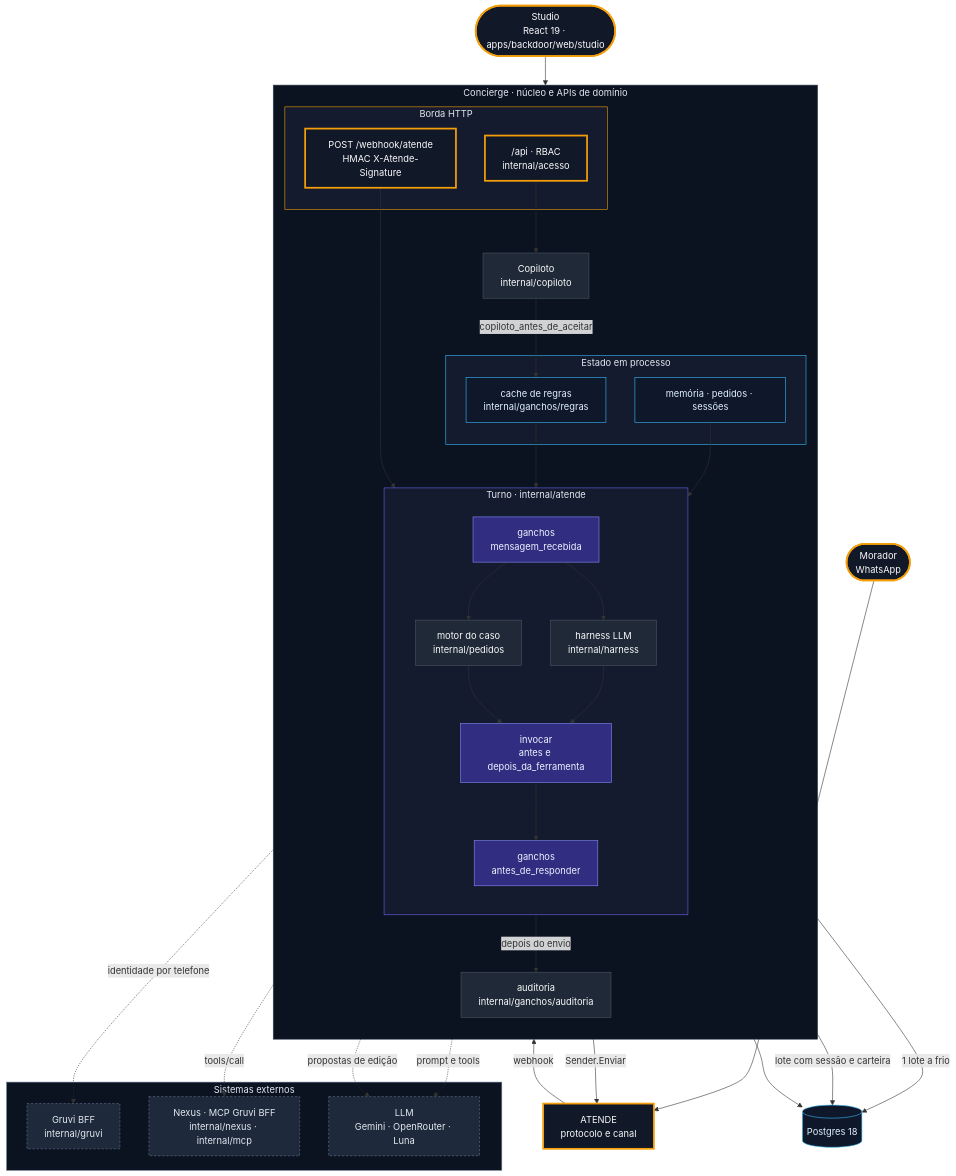
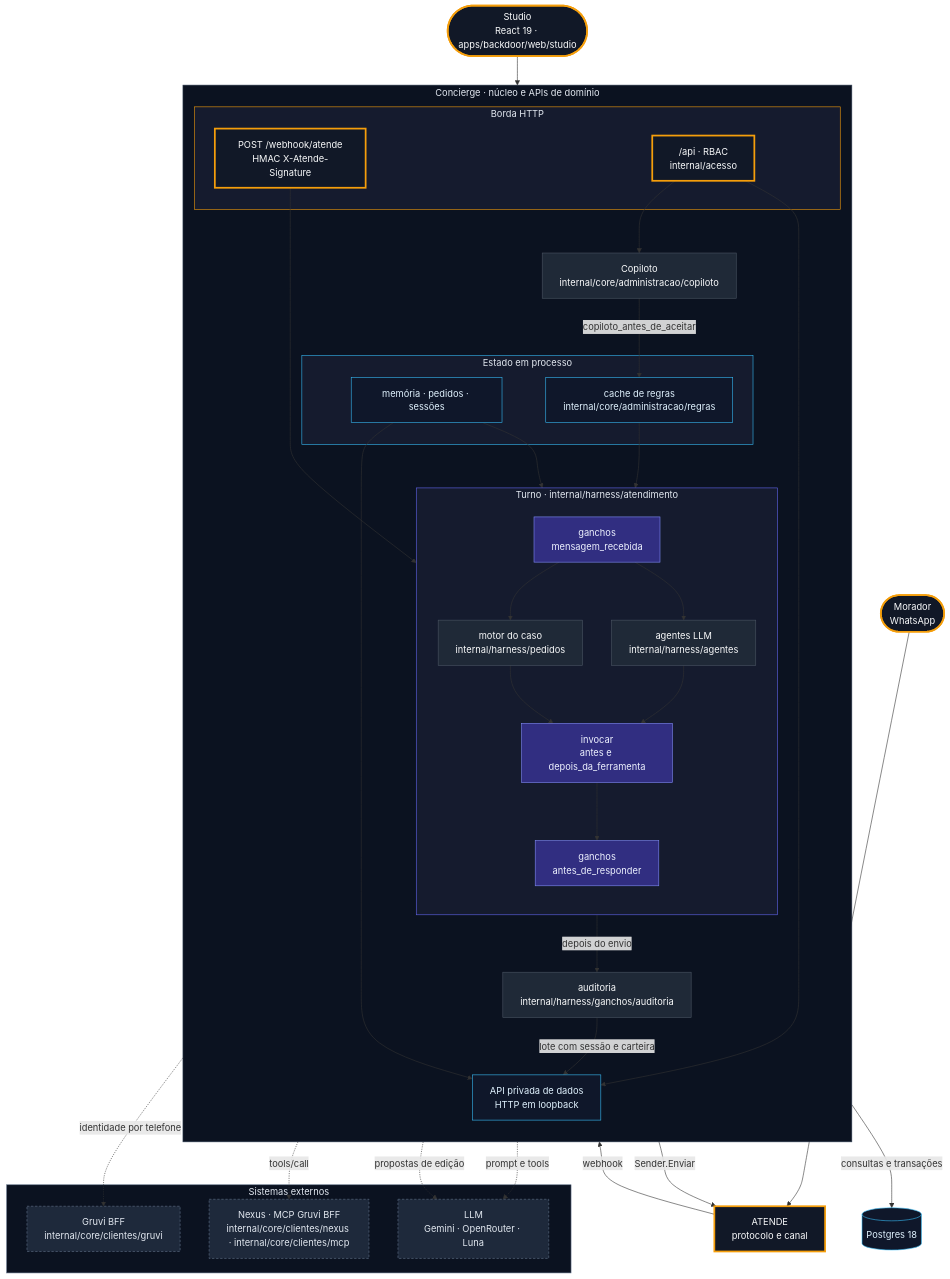
Before and after one commit to andersonfraiha-sl/go-concierge: the first of 2 diagrams in README.md, drawn with Mermaid. The commit also changed other lines of this file and 1125 other files, not shown here.

Commit message:
refactor(concierge): separe harness e core com dados via HTTP

````diff
--- a/README.md
+++ b/README.md
@@ -50,71 +50,73 @@
 ```mermaid
 flowchart TB
     Morador(["Morador<br/>WhatsApp"]):::entry
     ATENDE["ATENDE<br/>protocolo e canal"]:::entry
     Studio(["Studio<br/>React 19 · apps/backdoor/web/studio"]):::entry
 
     subgraph GC ["Concierge · núcleo e APIs de domínio"]
         direction TB
         subgraph Borda ["Borda HTTP"]
             Webhook["POST /webhook/atende<br/>HMAC X-Atende-Signature"]:::entry
             API["/api · RBAC<br/>internal/acesso"]:::entry
         end
-        subgraph Turno ["Turno · internal/atende"]
+        subgraph Turno ["Turno · internal/harness/atendimento"]
             direction TB
             GIn["ganchos<br/>mensagem_recebida"]:::hook
-            Motor["motor do caso<br/>internal/pedidos"]:::core
-            Harness["harness LLM<br/>internal/harness"]:::core
+            Motor["motor do caso<br/>internal/harness/pedidos"]:::core
+            Harness["agentes LLM<br/>internal/harness/agentes"]:::core
             Invocar["invocar<br/>antes e depois_da_ferramenta"]:::hook
             GOut["ganchos<br/>antes_de_responder"]:::hook
             GIn --> Motor
             GIn --> Harness
             Motor --> Invocar
             Harness --> Invocar
             Invocar --> GOut
         end
         subgraph Estado ["Estado em processo"]
             Caches["memória · pedidos · sessões"]:::store
-            Regras["cache de regras<br/>internal/ganchos/regras"]:::store
+            Regras["cache de regras<br/>internal/core/administracao/regras"]:::store
         end
-        Audit["auditoria<br/>internal/ganchos/auditoria"]:::core
-        Copiloto["Copiloto<br/>internal/copiloto"]:::core
+        Audit["auditoria<br/>internal/harness/ganchos/auditoria"]:::core
+        Copiloto["Copiloto<br/>internal/core/administracao/copiloto"]:::core
+        Dados["API privada de dados<br/>HTTP em loopback"]:::store
     end
 
     subgraph Externos ["Sistemas externos"]
-        Gruvi["Gruvi BFF<br/>internal/gruvi"]:::ext
-        Nexus["Nexus · MCP Gruvi BFF<br/>internal/nexus · internal/mcp"]:::ext
+        Gruvi["Gruvi BFF<br/>internal/core/clientes/gruvi"]:::ext
+        Nexus["Nexus · MCP Gruvi BFF<br/>internal/core/clientes/nexus · internal/core/clientes/mcp"]:::ext
         LLM["LLM<br/>Gemini · OpenRouter · Luna"]:::ext
     end
     PG[("Postgres 18")]:::store
 
     Morador --> ATENDE
     ATENDE -- "webhook" --> Webhook
     Webhook --> GIn
     GOut -- "Sender.Enviar" --> ATENDE
     GOut -- "depois do envio" --> Audit
     Caches --> Turno
     Regras --> GIn
     Studio --> API
     API --> Copiloto
     Copiloto -- "copiloto_antes_de_aceitar" --> Regras
 
     Turno -. "identidade por telefone" .-> Gruvi
     Invocar -. "tools/call" .-> Nexus
     Harness -. "prompt e tools" .-> LLM
     Copiloto -. "propostas de edição" .-> LLM
 
-    Caches -- "1 lote a frio" --> PG
-    Audit -- "lote com sessão e carteira" --> PG
-    API --> PG
+    Caches --> Dados
+    Audit -- "lote com sessão e carteira" --> Dados
+    API --> Dados
+    Dados -- "consultas e transações" --> PG
 
     classDef entry fill:#111827,stroke:#f59e0b,stroke-width:3px,color:#f9fafb
     classDef core fill:#1f2937,stroke:#4b5563,color:#f9fafb
     classDef hook fill:#312e81,stroke:#818cf8,color:#eef2ff
     classDef store fill:#0f172a,stroke:#38bdf8,color:#e0f2fe
     classDef ext fill:#1e293b,stroke:#64748b,stroke-dasharray:4 3,color:#e2e8f0
     style GC fill:#0b1220,stroke:#334155,color:#e2e8f0
     style Turno fill:#151b2e,stroke:#6366f1,color:#e2e8f0
     style Borda fill:#151b2e,stroke:#f59e0b,color:#e2e8f0
     style Estado fill:#151b2e,stroke:#38bdf8,color:#e2e8f0
     style Externos fill:#0b1220,stroke:#64748b,color:#e2e8f0
 ```
````
